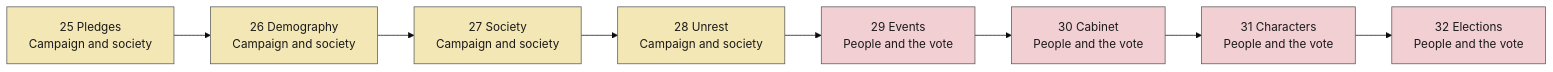
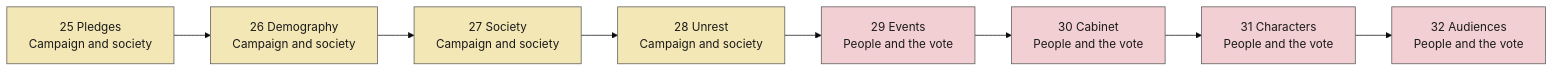
The fourth of 5 diagrams in docs/tick-order.md (powerbassist/World-simulator), drawn with Mermaid (base theme) before and after one commit. The commit also changed other lines of this file and 1 other file, not shown here.

First line of the commit message:
V5.2b: the Audiences step joins the vault's tick-order diagram (QA TAKE 1)

````diff
--- a/docs/tick-order.md
+++ b/docs/tick-order.md
@@ -84,18 +84,18 @@
 ```mermaid
 flowchart LR
   s25["25 Pledges<br/>Campaign and society"]:::g4
   s26["26 Demography<br/>Campaign and society"]:::g4
   s27["27 Society<br/>Campaign and society"]:::g4
   s28["28 Unrest<br/>Campaign and society"]:::g4
   s29["29 Events<br/>People and the vote"]:::g5
   s30["30 Cabinet<br/>People and the vote"]:::g5
   s31["31 Characters<br/>People and the vote"]:::g5
-  s32["32 Elections<br/>People and the vote"]:::g5
+  s32["32 Audiences<br/>People and the vote"]:::g5
   s25 --> s26 --> s27 --> s28 --> s29 --> s30 --> s31 --> s32
   classDef g0 fill:#cfe3f7,stroke:#555,color:#1a1a1a
   classDef g1 fill:#f6dcc2,stroke:#555,color:#1a1a1a
   classDef g2 fill:#dccff0,stroke:#555,color:#1a1a1a
   classDef g3 fill:#cdebd3,stroke:#555,color:#1a1a1a
   classDef g4 fill:#f3e7b5,stroke:#555,color:#1a1a1a
   classDef g5 fill:#f2cfd3,stroke:#555,color:#1a1a1a
 ```
````
